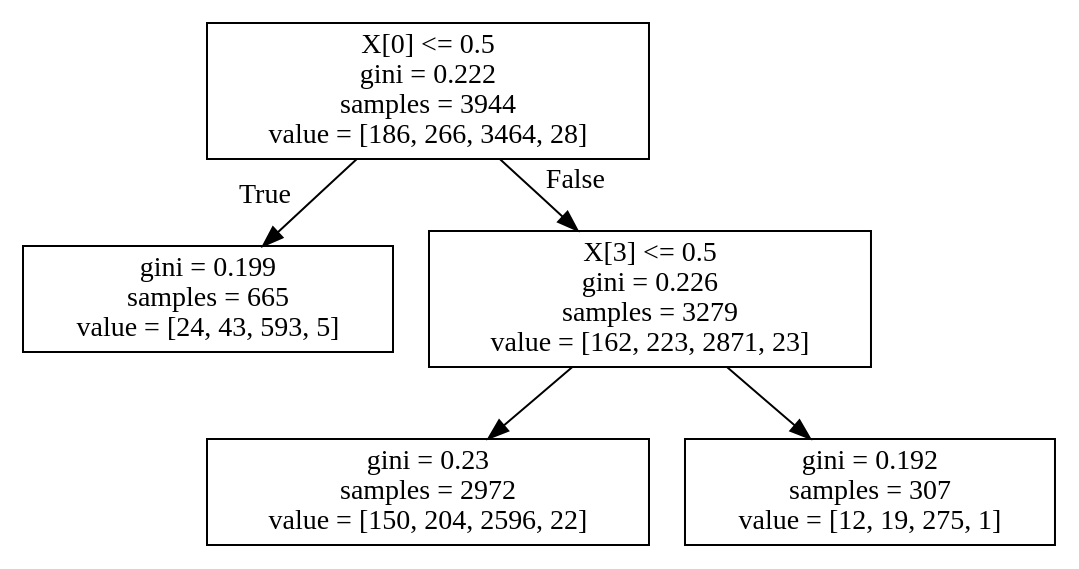
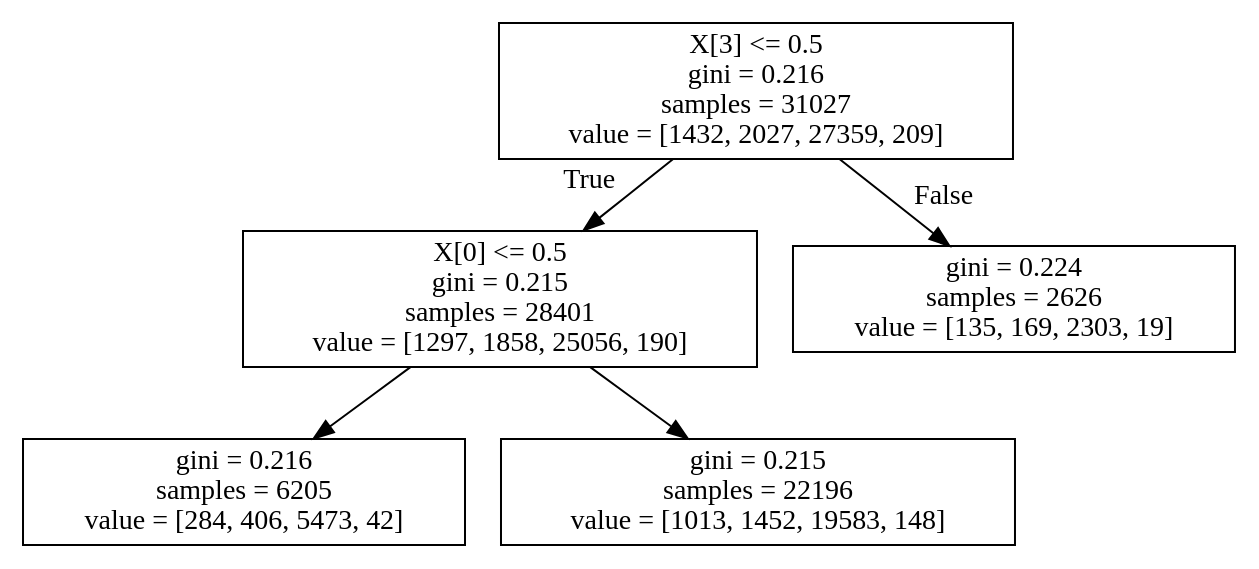
The diagram in data/vizdoom/ppo/0004r1+vizdoo_config_file=vi_en_as_sc_de_th_li.cfg+max_depth=6+n_batch_rollou=10+max_samples=400000+max_iters=80+train_frac=0.8+is_reweight=False/dt_policy.dot (jesbu1/viper), drawn with Graphviz before and after one commit. The commit also changed 455 other files, not shown here.

```diff
--- a/data/vizdoom/ppo/0004r1+vizdoo_config_file=vi_en_as_sc_de_th_li.cfg+max_depth=6+n_batch_rollou=10+max_samples=400000+max_iters=80+train_frac=0.8+is_reweight=False/dt_policy.dot
+++ b/data/vizdoom/ppo/0004r1+vizdoo_config_file=vi_en_as_sc_de_th_li.cfg+max_depth=6+n_batch_rollou=10+max_samples=400000+max_iters=80+train_frac=0.8+is_reweight=False/dt_policy.dot
@@ -1,12 +1,12 @@
 digraph Tree {
 node [shape=box] ;
-0 [label="X[0] <= 0.5\ngini = 0.222\nsamples = 3944\nvalue = [186, 266, 3464, 28]"] ;
-1 [label="gini = 0.199\nsamples = 665\nvalue = [24, 43, 593, 5]"] ;
+0 [label="X[3] <= 0.5\ngini = 0.216\nsamples = 31027\nvalue = [1432, 2027, 27359, 209]"] ;
+1 [label="X[0] <= 0.5\ngini = 0.215\nsamples = 28401\nvalue = [1297, 1858, 25056, 190]"] ;
 0 -> 1 [labeldistance=2.5, labelangle=45, headlabel="True"] ;
-2 [label="X[3] <= 0.5\ngini = 0.226\nsamples = 3279\nvalue = [162, 223, 2871, 23]"] ;
-0 -> 2 [labeldistance=2.5, labelangle=-45, headlabel="False"] ;
-3 [label="gini = 0.23\nsamples = 2972\nvalue = [150, 204, 2596, 22]"] ;
-2 -> 3 ;
-4 [label="gini = 0.192\nsamples = 307\nvalue = [12, 19, 275, 1]"] ;
-2 -> 4 ;
+2 [label="gini = 0.216\nsamples = 6205\nvalue = [284, 406, 5473, 42]"] ;
+1 -> 2 ;
+3 [label="gini = 0.215\nsamples = 22196\nvalue = [1013, 1452, 19583, 148]"] ;
+1 -> 3 ;
+4 [label="gini = 0.224\nsamples = 2626\nvalue = [135, 169, 2303, 19]"] ;
+0 -> 4 [labeldistance=2.5, labelangle=-45, headlabel="False"] ;
 }
```
